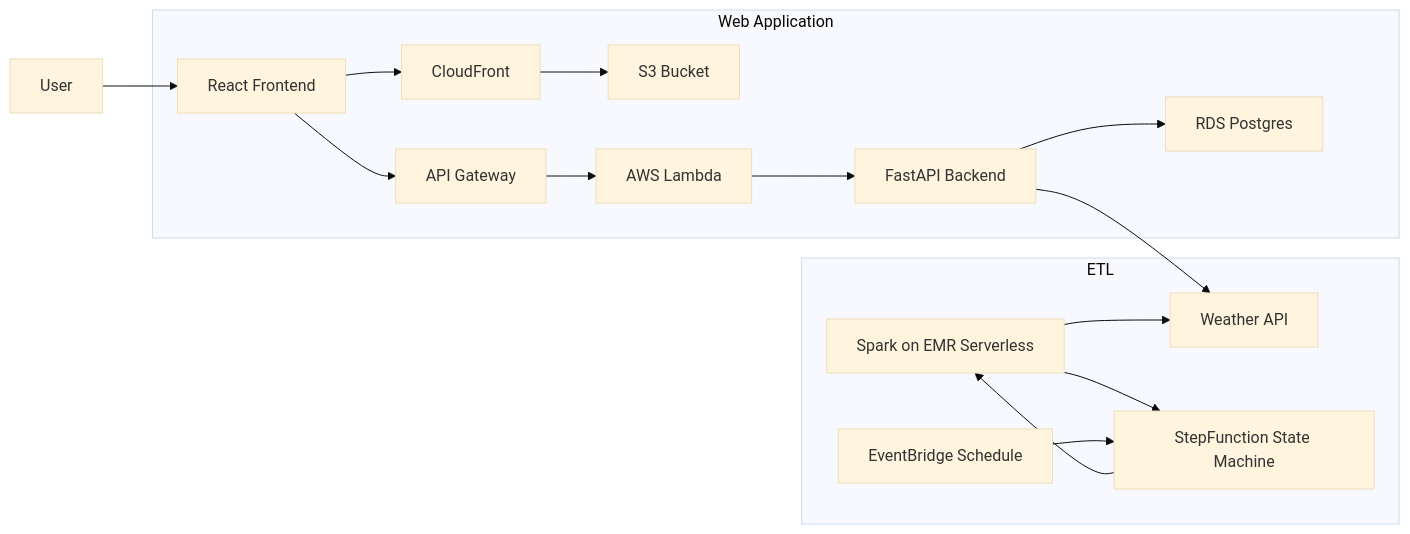
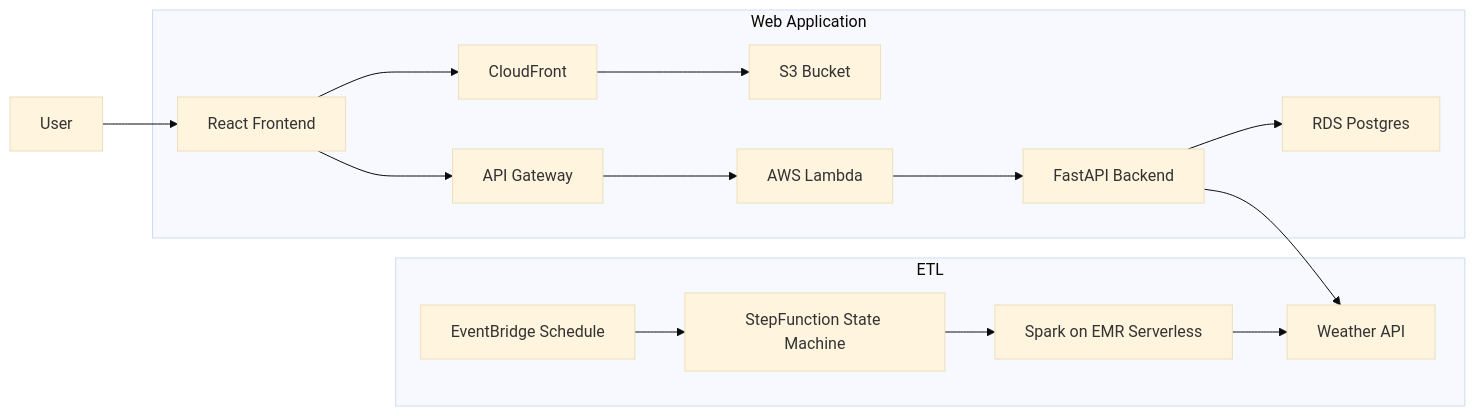
Before and after one commit to kgmcquate/lake-freeze-frontend: the first of 2 diagrams in README.md, drawn with Mermaid (base theme).

````diff
--- a/README.md
+++ b/README.md
@@ -14,28 +14,26 @@
 ```mermaid
 graph LR;
   A[User] --> B
 
   subgraph Web Application
     B[React Frontend]
     B --> C[CloudFront]
     C --> D[S3 Bucket]
     B --> F[API Gateway]
     F --> G[AWS Lambda]
     G --> H[FastAPI Backend]
     H --> I[RDS Postgres]
   end
 
   H --> J[Weather API]
 
-  M[Climate Data Store API] --> L
-
   subgraph ETL
     K[EventBridge Schedule] --> L[StepFunction State Machine]
     L --> M[Spark on EMR Serverless]
     M --> J
     
   end
 
 
 
 ```
````
